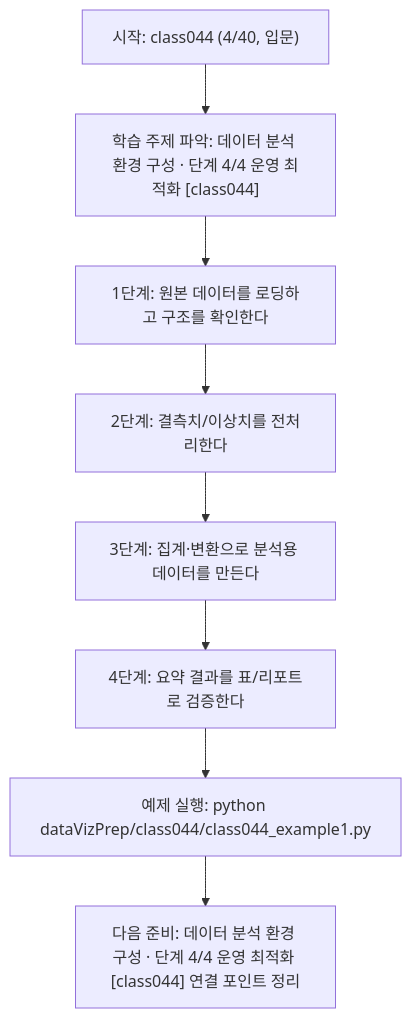
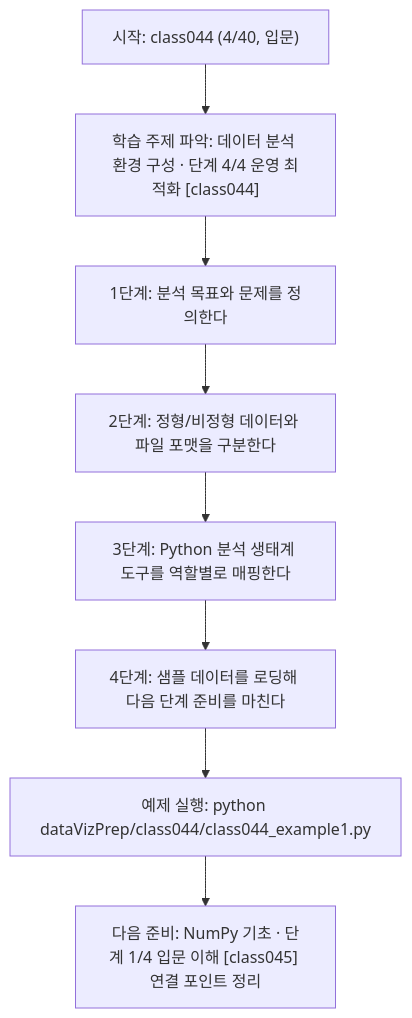
Before and after one commit to edumgt/Python-AI_Agent-Class: the diagram in dataVizPrep/class044/class044.md, drawn with Mermaid. The commit also changed other lines of this file and 283 other files, not shown here.

````diff
--- a/dataVizPrep/class044/class044.md
+++ b/dataVizPrep/class044/class044.md
@@ -112,18 +92,18 @@
 ```mermaid
 flowchart TD
 N1["시작: class044 (4/40, 입문)"]
 N2["학습 주제 파악: 데이터 분석 환경 구성 · 단계 4/4 운영 최적화 [class044]"]
-N3["1단계: 원본 데이터를 로딩하고 구조를 확인한다"]
-N4["2단계: 결측치/이상치를 전처리한다"]
-N5["3단계: 집계·변환으로 분석용 데이터를 만든다"]
-N6["4단계: 요약 결과를 표/리포트로 검증한다"]
+N3["1단계: 분석 목표와 문제를 정의한다"]
+N4["2단계: 정형/비정형 데이터와 파일 포맷을 구분한다"]
+N5["3단계: Python 분석 생태계 도구를 역할별로 매핑한다"]
+N6["4단계: 샘플 데이터를 로딩해 다음 단계 준비를 마친다"]
 N7["예제 실행: python dataVizPrep/class044/class044_example1.py"]
-N8["다음 준비: 데이터 분석 환경 구성 · 단계 4/4 운영 최적화 [class044] 연결 포인트 정리"]
+N8["다음 준비: NumPy 기초 · 단계 1/4 입문 이해 [class045] 연결 포인트 정리"]
 N1 --> N2
 N2 --> N3
 N3 --> N4
 N4 --> N5
 N5 --> N6
 N6 --> N7
 N7 --> N8
 ```
````
